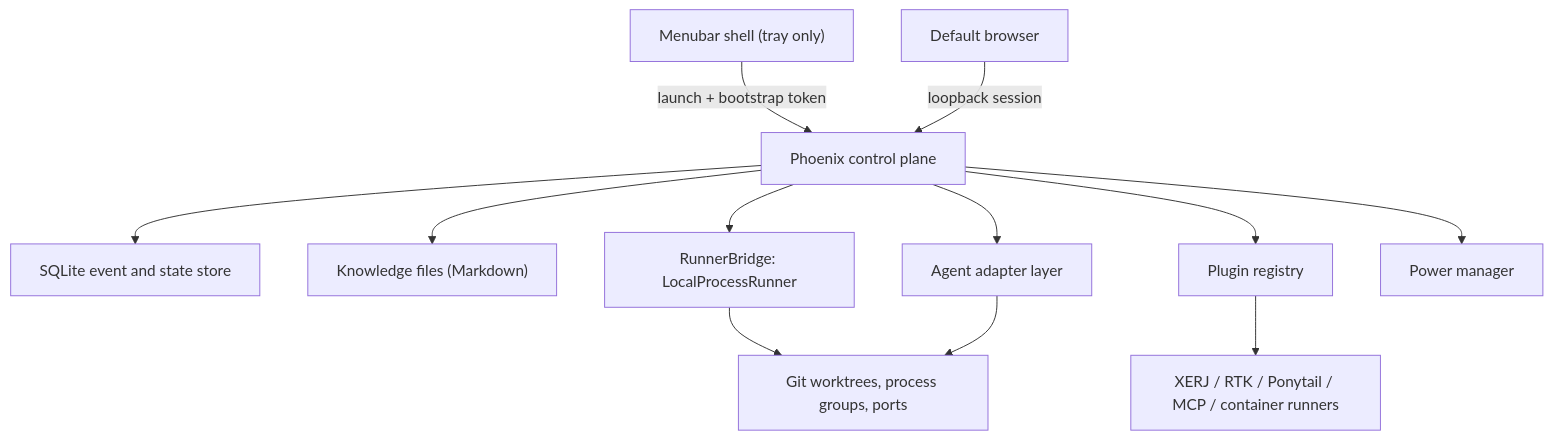
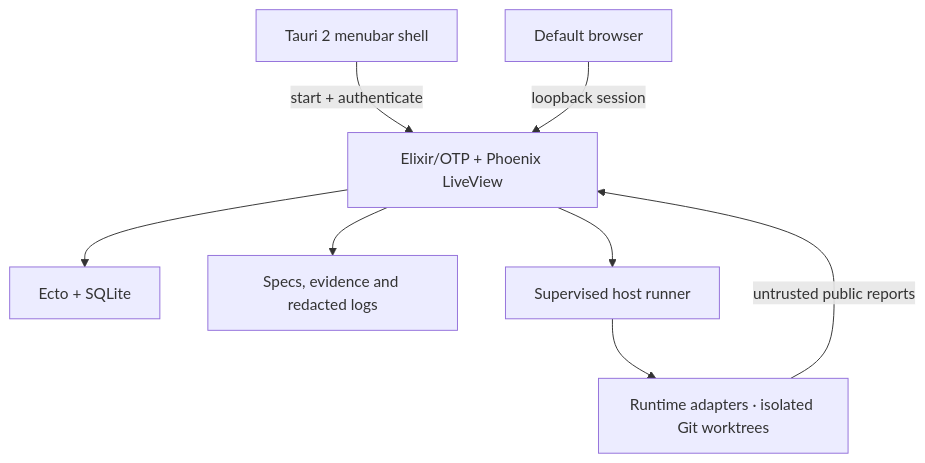
One commit to mpakus/cuckoding.com changed the diagram in docs/ARCHITECTURE.md. Above: the diagram before and after it, drawn with Mermaid. The commit also changed other lines of this file and 775 other files, not shown here.

````diff
--- a/docs/ARCHITECTURE.md
+++ b/docs/ARCHITECTURE.md
@@ -25,14 +8,10 @@
 ```mermaid
 flowchart TD
-    M["Menubar shell (tray only)"] -->|launch + bootstrap token| P["Phoenix control plane"]
-    B["Default browser"] -->|loopback session| P
-    P --> D["SQLite event and state store"]
-    P --> KF["Knowledge files (Markdown)"]
-    P --> R["RunnerBridge: LocalProcessRunner"]
-    P --> A["Agent adapter layer"]
-    P --> PL["Plugin registry"]
-    R --> W["Git worktrees, process groups, ports"]
-    A --> W
-    PL --> X["XERJ / RTK / Ponytail / MCP / container runners"]
-    P --> PW["Power manager"]
+  Tray["Tauri 2 menubar shell"] -->|start + authenticate| App["Elixir/OTP + Phoenix LiveView"]
+  Browser["Default browser"] -->|loopback session| App
+  App --> DB["Ecto + SQLite"]
+  App --> Files["Specs, evidence and redacted logs"]
+  App --> Runner["Supervised host runner"]
+  Runner --> Workers["Runtime adapters · isolated Git worktrees"]
+  Workers -->|untrusted public reports| App
 ```
````
